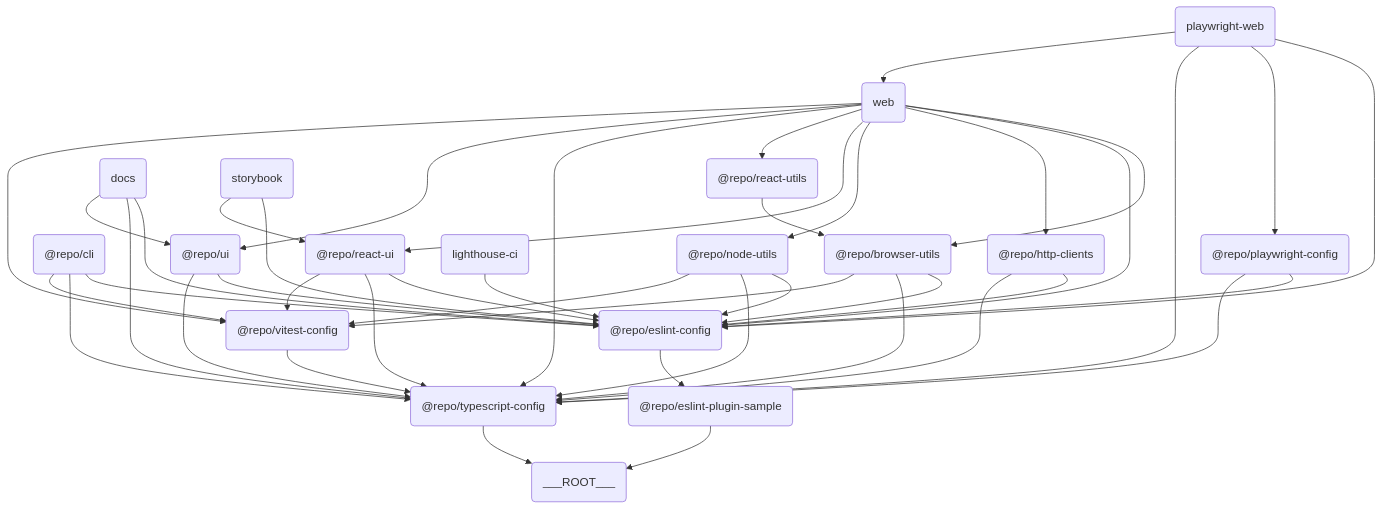
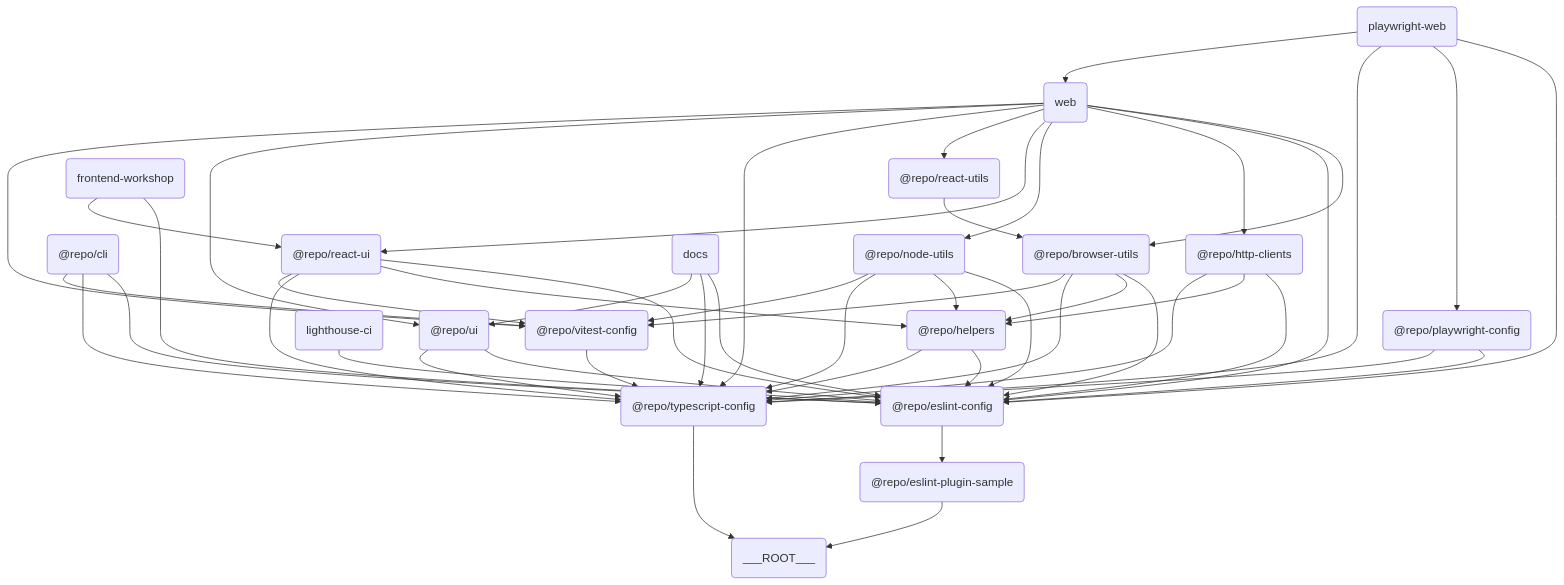
Before and after one commit to iamhoonse-dev/turborepo-template: the diagram in README.md, drawn with Mermaid.

Commit message:
docs(readme): 프로젝트 루트 README 의 패키지 관계도 mermaid 차트에 helpers 반영 업데이트

````diff
--- a/README.md
+++ b/README.md
@@ -18,45 +18,51 @@
 ```mermaid
 graph TD
-  QHZT("@repo/browser-utils") --> ETTT("@repo/eslint-config")
-  QHZT("@repo/browser-utils") --> JEGP("@repo/typescript-config")
-  QHZT("@repo/browser-utils") --> EMLE("@repo/vitest-config")
-  LRHC("@repo/cli") --> ETTT("@repo/eslint-config")
-  LRHC("@repo/cli") --> JEGP("@repo/typescript-config")
-  LRHC("@repo/cli") --> EMLE("@repo/vitest-config")
-  ETTT("@repo/eslint-config") --> GLAO("@repo/eslint-plugin-sample")
-  GLAO("@repo/eslint-plugin-sample") --> VELR("___ROOT___")
-  TXWC("@repo/http-clients") --> ETTT("@repo/eslint-config")
-  TXWC("@repo/http-clients") --> JEGP("@repo/typescript-config")
-  WCIN("@repo/node-utils") --> ETTT("@repo/eslint-config")
-  WCIN("@repo/node-utils") --> JEGP("@repo/typescript-config")
-  WCIN("@repo/node-utils") --> EMLE("@repo/vitest-config")
-  TPBW("@repo/playwright-config") --> ETTT("@repo/eslint-config")
-  TPBW("@repo/playwright-config") --> JEGP("@repo/typescript-config")
-  BHWE("@repo/react-ui") --> ETTT("@repo/eslint-config")
-  BHWE("@repo/react-ui") --> JEGP("@repo/typescript-config")
-  BHWE("@repo/react-ui") --> EMLE("@repo/vitest-config")
-  MKNG("@repo/react-utils") --> QHZT("@repo/browser-utils")
-  JEGP("@repo/typescript-config") --> VELR("___ROOT___")
-  IRKD("@repo/ui") --> ETTT("@repo/eslint-config")
-  IRKD("@repo/ui") --> JEGP("@repo/typescript-config")
-  EMLE("@repo/vitest-config") --> JEGP("@repo/typescript-config")
-  UWBQ("docs") --> ETTT("@repo/eslint-config")
-  UWBQ("docs") --> JEGP("@repo/typescript-config")
-  UWBQ("docs") --> IRKD("@repo/ui")
-  FBWM("lighthouse-ci") --> ETTT("@repo/eslint-config")
-  NRTE("playwright-web") --> ETTT("@repo/eslint-config")
-  NRTE("playwright-web") --> TPBW("@repo/playwright-config")
-  NRTE("playwright-web") --> JEGP("@repo/typescript-config")
-  NRTE("playwright-web") --> GVMR("web")
-  ITTZ("storybook") --> ETTT("@repo/eslint-config")
-  ITTZ("storybook") --> BHWE("@repo/react-ui")
-  GVMR("web") --> QHZT("@repo/browser-utils")
-  GVMR("web") --> ETTT("@repo/eslint-config")
-  GVMR("web") --> TXWC("@repo/http-clients")
-  GVMR("web") --> WCIN("@repo/node-utils")
-  GVMR("web") --> BHWE("@repo/react-ui")
-  GVMR("web") --> MKNG("@repo/react-utils")
-  GVMR("web") --> JEGP("@repo/typescript-config")
-  GVMR("web") --> IRKD("@repo/ui")
-  GVMR("web") --> EMLE("@repo/vitest-config")
+    QHZT("@repo/browser-utils") --> ETTT("@repo/eslint-config")
+    QHZT("@repo/browser-utils") --> JEGP("@repo/helpers")
+    QHZT("@repo/browser-utils") --> EMLE("@repo/typescript-config")
+    QHZT("@repo/browser-utils") --> LRHC("@repo/vitest-config")
+    GLAO("@repo/cli") --> ETTT("@repo/eslint-config")
+    GLAO("@repo/cli") --> EMLE("@repo/typescript-config")
+    GLAO("@repo/cli") --> LRHC("@repo/vitest-config")
+    ETTT("@repo/eslint-config") --> VELR("@repo/eslint-plugin-sample")
+    VELR("@repo/eslint-plugin-sample") --> TXWC("___ROOT___")
+    JEGP("@repo/helpers") --> ETTT("@repo/eslint-config")
+    JEGP("@repo/helpers") --> EMLE("@repo/typescript-config")
+    WCIN("@repo/http-clients") --> ETTT("@repo/eslint-config")
+    WCIN("@repo/http-clients") --> JEGP("@repo/helpers")
+    WCIN("@repo/http-clients") --> EMLE("@repo/typescript-config")
+    TPBW("@repo/node-utils") --> ETTT("@repo/eslint-config")
+    TPBW("@repo/node-utils") --> JEGP("@repo/helpers")
+    TPBW("@repo/node-utils") --> EMLE("@repo/typescript-config")
+    TPBW("@repo/node-utils") --> LRHC("@repo/vitest-config")
+    BHWE("@repo/playwright-config") --> ETTT("@repo/eslint-config")
+    BHWE("@repo/playwright-config") --> EMLE("@repo/typescript-config")
+    MKNG("@repo/react-ui") --> ETTT("@repo/eslint-config")
+    MKNG("@repo/react-ui") --> JEGP("@repo/helpers")
+    MKNG("@repo/react-ui") --> EMLE("@repo/typescript-config")
+    MKNG("@repo/react-ui") --> LRHC("@repo/vitest-config")
+    IRKD("@repo/react-utils") --> QHZT("@repo/browser-utils")
+    EMLE("@repo/typescript-config") --> TXWC("___ROOT___")
+    UWBQ("@repo/ui") --> ETTT("@repo/eslint-config")
+    UWBQ("@repo/ui") --> EMLE("@repo/typescript-config")
+    LRHC("@repo/vitest-config") --> EMLE("@repo/typescript-config")
+    FBWM("docs") --> ETTT("@repo/eslint-config")
+    FBWM("docs") --> EMLE("@repo/typescript-config")
+    FBWM("docs") --> UWBQ("@repo/ui")
+    NRTE("frontend-workshop") --> ETTT("@repo/eslint-config")
+    NRTE("frontend-workshop") --> MKNG("@repo/react-ui")
+    GVMR("lighthouse-ci") --> ETTT("@repo/eslint-config")
+    ITTZ("playwright-web") --> ETTT("@repo/eslint-config")
+    ITTZ("playwright-web") --> BHWE("@repo/playwright-config")
+    ITTZ("playwright-web") --> EMLE("@repo/typescript-config")
+    ITTZ("playwright-web") --> VXGS("web")
+    VXGS("web") --> QHZT("@repo/browser-utils")
+    VXGS("web") --> ETTT("@repo/eslint-config")
+    VXGS("web") --> WCIN("@repo/http-clients")
+    VXGS("web") --> TPBW("@repo/node-utils")
+    VXGS("web") --> MKNG("@repo/react-ui")
+    VXGS("web") --> IRKD("@repo/react-utils")
+    VXGS("web") --> EMLE("@repo/typescript-config")
+    VXGS("web") --> UWBQ("@repo/ui")
+    VXGS("web") --> LRHC("@repo/vitest-config")
 ```
````
